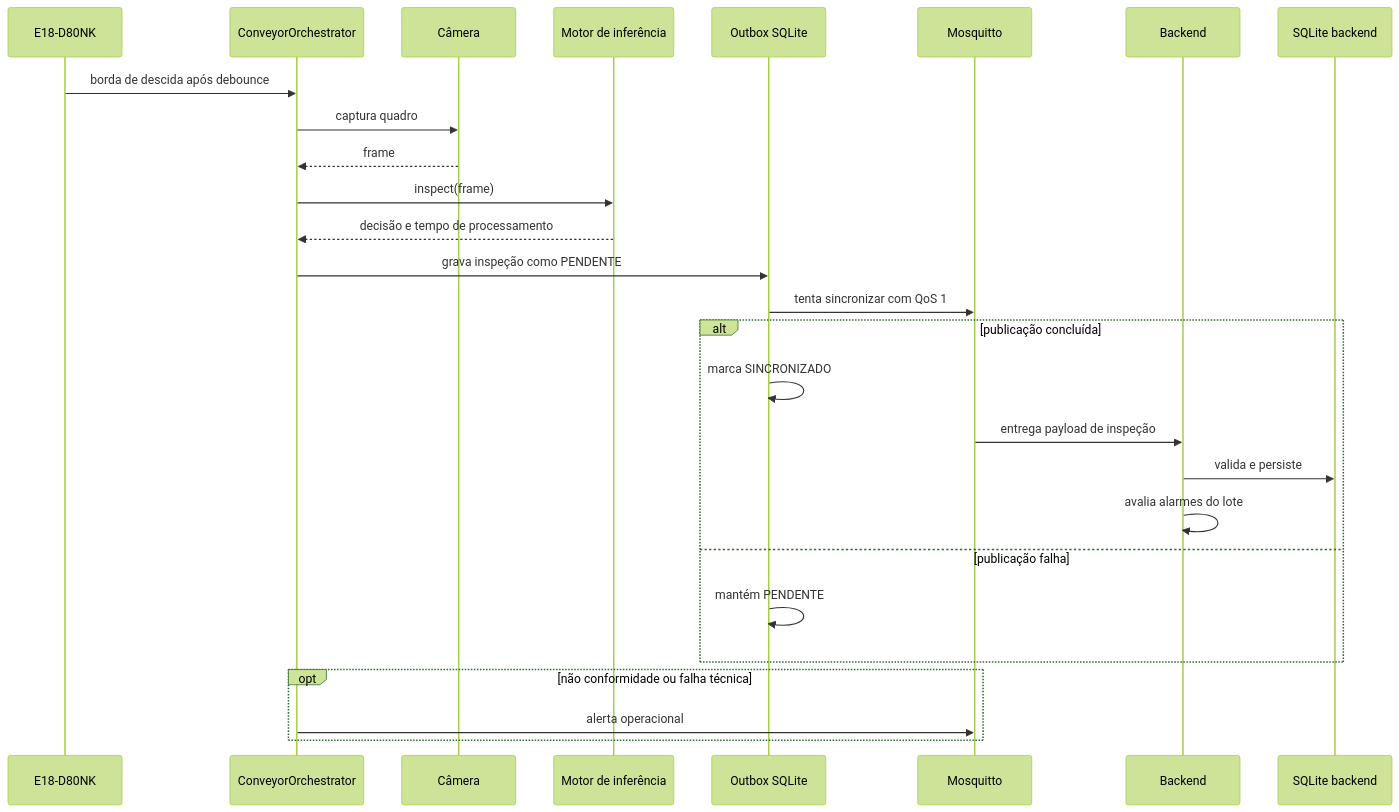
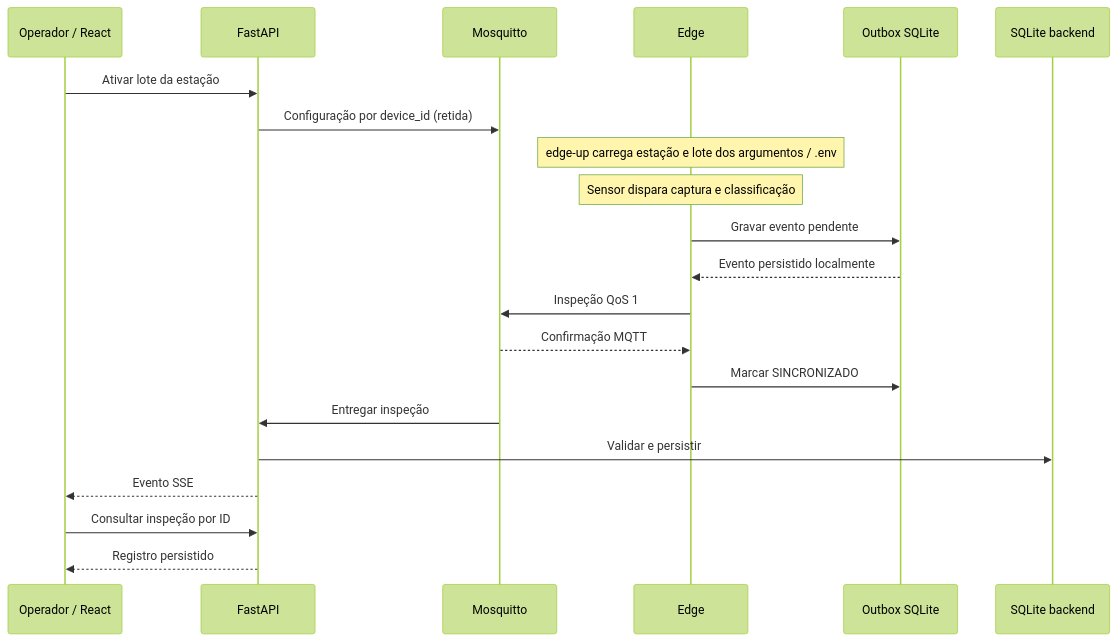
One commit to eldrayan/Vigi-TCCPNAAT changed the second of 2 diagrams in docs/arquitetura/diagrama-arquitetural.md. Above: the diagram before and after it, drawn with Mermaid (forest theme). The commit also changed other lines of this file and 9 other files, not shown here.

````diff
--- a/docs/arquitetura/diagrama-arquitetural.md
+++ b/docs/arquitetura/diagrama-arquitetural.md
@@ -192,30 +34,23 @@
 ```mermaid
 sequenceDiagram
-    participant S as E18-D80NK
-    participant E as ConveyorOrchestrator
-    participant C as Câmera
-    participant I as Motor de inferência
-    participant O as Outbox SQLite
-    participant M as Mosquitto
-    participant B as Backend
+    participant U as Operador / React
+    participant A as FastAPI
+    participant B as Mosquitto
+    participant E as Edge
+    participant Q as Outbox SQLite
     participant D as SQLite backend
-
-    S->>E: borda de descida após debounce
-    E->>C: captura quadro
-    C-->>E: frame
-    E->>I: inspect(frame)
-    I-->>E: decisão e tempo de processamento
-    E->>O: grava inspeção como PENDENTE
-    O->>M: tenta sincronizar com QoS 1
-    alt publicação concluída
-        O->>O: marca SINCRONIZADO
-        M->>B: entrega payload de inspeção
-        B->>D: valida e persiste
-        B->>B: avalia alarmes do lote
-    else publicação falha
-        O->>O: mantém PENDENTE
-    end
-    opt não conformidade ou falha técnica
-        E->>M: alerta operacional
-    end
+    U->>A: Ativar lote da estação
+    A->>B: Configuração por device_id (retida)
+    Note over E: edge-up carrega estação e lote dos argumentos / .env
+    Note over E: Sensor dispara captura e classificação
+    E->>Q: Gravar evento pendente
+    Q-->>E: Evento persistido localmente
+    E->>B: Inspeção QoS 1
+    B-->>E: Confirmação MQTT
+    E->>Q: Marcar SINCRONIZADO
+    B->>A: Entregar inspeção
+    A->>D: Validar e persistir
+    A-->>U: Evento SSE
+    U->>A: Consultar inspeção por ID
+    A-->>U: Registro persistido
 ```
````
